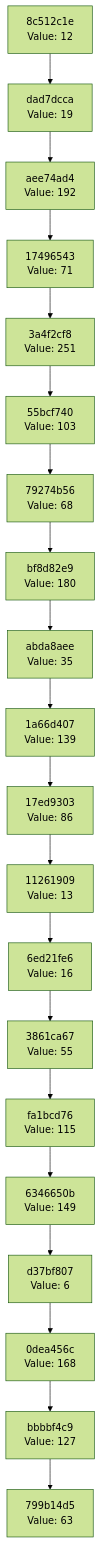
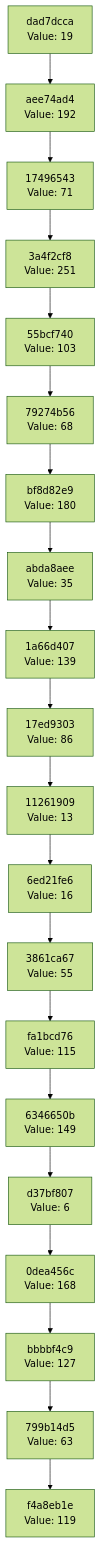
One commit to Abhisheksinha1506/hash-chain-evolver changed the diagram in docs/CHAIN_VISUALIZATION.md. Above: the diagram before and after it, drawn with Mermaid (forest theme). The commit also changed 2 other files, not shown here.

Commit message:
Evolution Step

````diff
--- a/docs/CHAIN_VISUALIZATION.md
+++ b/docs/CHAIN_VISUALIZATION.md
@@ -3,42 +3,42 @@
 ```mermaid
 graph TD
-    C0["799b14d5<br/>Value: 63"]
-    C1["bbbbf4c9<br/>Value: 127"]
+    C0["f4a8eb1e<br/>Value: 119"]
+    C1["799b14d5<br/>Value: 63"]
     C1 --> C0
-    C2["0dea456c<br/>Value: 168"]
+    C2["bbbbf4c9<br/>Value: 127"]
     C2 --> C1
-    C3["d37bf807<br/>Value: 6"]
+    C3["0dea456c<br/>Value: 168"]
     C3 --> C2
-    C4["6346650b<br/>Value: 149"]
+    C4["d37bf807<br/>Value: 6"]
     C4 --> C3
-    C5["fa1bcd76<br/>Value: 115"]
+    C5["6346650b<br/>Value: 149"]
     C5 --> C4
-    C6["3861ca67<br/>Value: 55"]
+    C6["fa1bcd76<br/>Value: 115"]
     C6 --> C5
-    C7["6ed21fe6<br/>Value: 16"]
+    C7["3861ca67<br/>Value: 55"]
     C7 --> C6
-    C8["11261909<br/>Value: 13"]
+    C8["6ed21fe6<br/>Value: 16"]
     C8 --> C7
-    C9["17ed9303<br/>Value: 86"]
+    C9["11261909<br/>Value: 13"]
     C9 --> C8
-    C10["1a66d407<br/>Value: 139"]
+    C10["17ed9303<br/>Value: 86"]
     C10 --> C9
-    C11["abda8aee<br/>Value: 35"]
+    C11["1a66d407<br/>Value: 139"]
     C11 --> C10
-    C12["bf8d82e9<br/>Value: 180"]
+    C12["abda8aee<br/>Value: 35"]
     C12 --> C11
-    C13["79274b56<br/>Value: 68"]
+    C13["bf8d82e9<br/>Value: 180"]
     C13 --> C12
-    C14["55bcf740<br/>Value: 103"]
+    C14["79274b56<br/>Value: 68"]
     C14 --> C13
-    C15["3a4f2cf8<br/>Value: 251"]
+    C15["55bcf740<br/>Value: 103"]
     C15 --> C14
-    C16["17496543<br/>Value: 71"]
+    C16["3a4f2cf8<br/>Value: 251"]
     C16 --> C15
-    C17["aee74ad4<br/>Value: 192"]
+    C17["17496543<br/>Value: 71"]
     C17 --> C16
-    C18["dad7dcca<br/>Value: 19"]
+    C18["aee74ad4<br/>Value: 192"]
     C18 --> C17
-    C19["8c512c1e<br/>Value: 12"]
+    C19["dad7dcca<br/>Value: 19"]
     C19 --> C18
 ```
````
